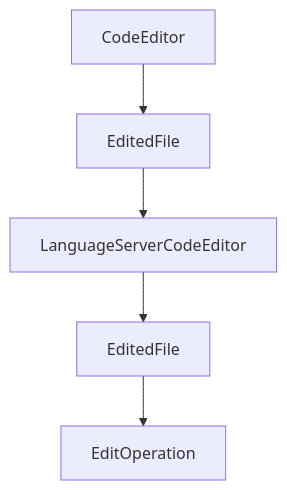
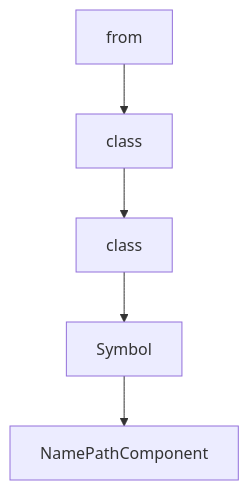
One commit to johnxie/awesome-code-docs changed the diagram in tutorials/serena-tutorial/08-production-operations-and-governance.md. Above: the diagram before and after it, drawn with Mermaid. The commit also changed other lines of this file and 1232 other files, not shown here.

````diff
--- a/tutorials/serena-tutorial/08-production-operations-and-governance.md
+++ b/tutorials/serena-tutorial/08-production-operations-and-governance.md
@@ -222,12 +220,12 @@
 ```mermaid
 flowchart TD
-    A[CodeEditor]
-    B[EditedFile]
-    C[LanguageServerCodeEditor]
-    D[EditedFile]
-    E[EditOperation]
+    A[from]
+    B[class]
+    C[class]
+    D[Symbol]
+    E[NamePathComponent]
     A --> B
     B --> C
     C --> D
     D --> E
 ```
````
